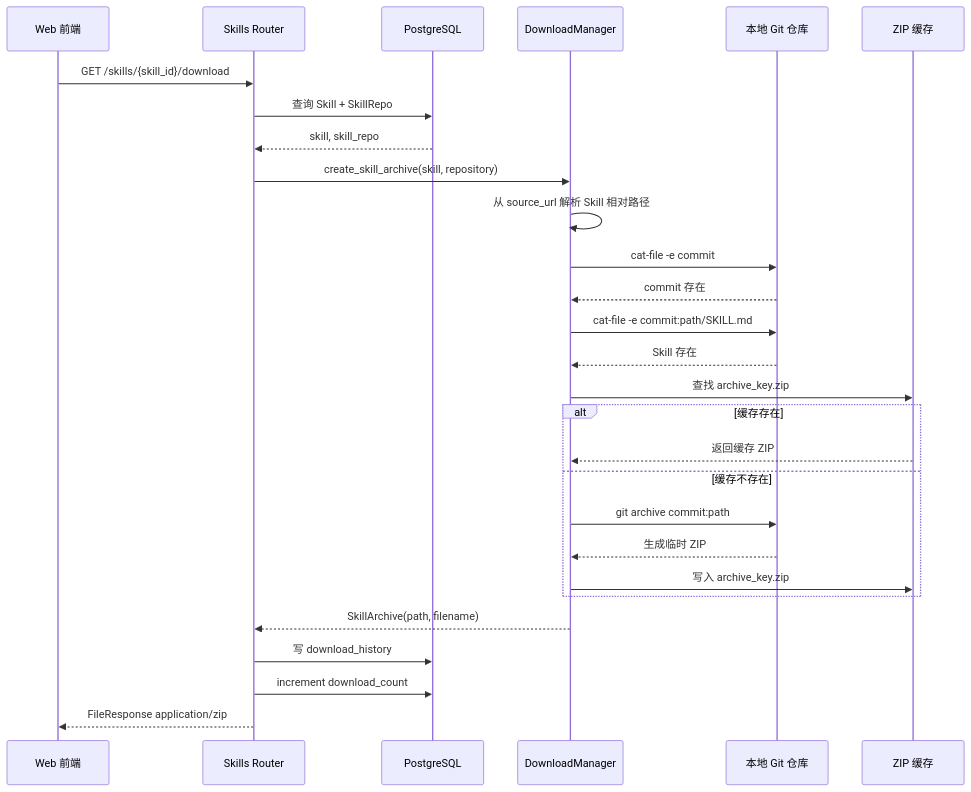
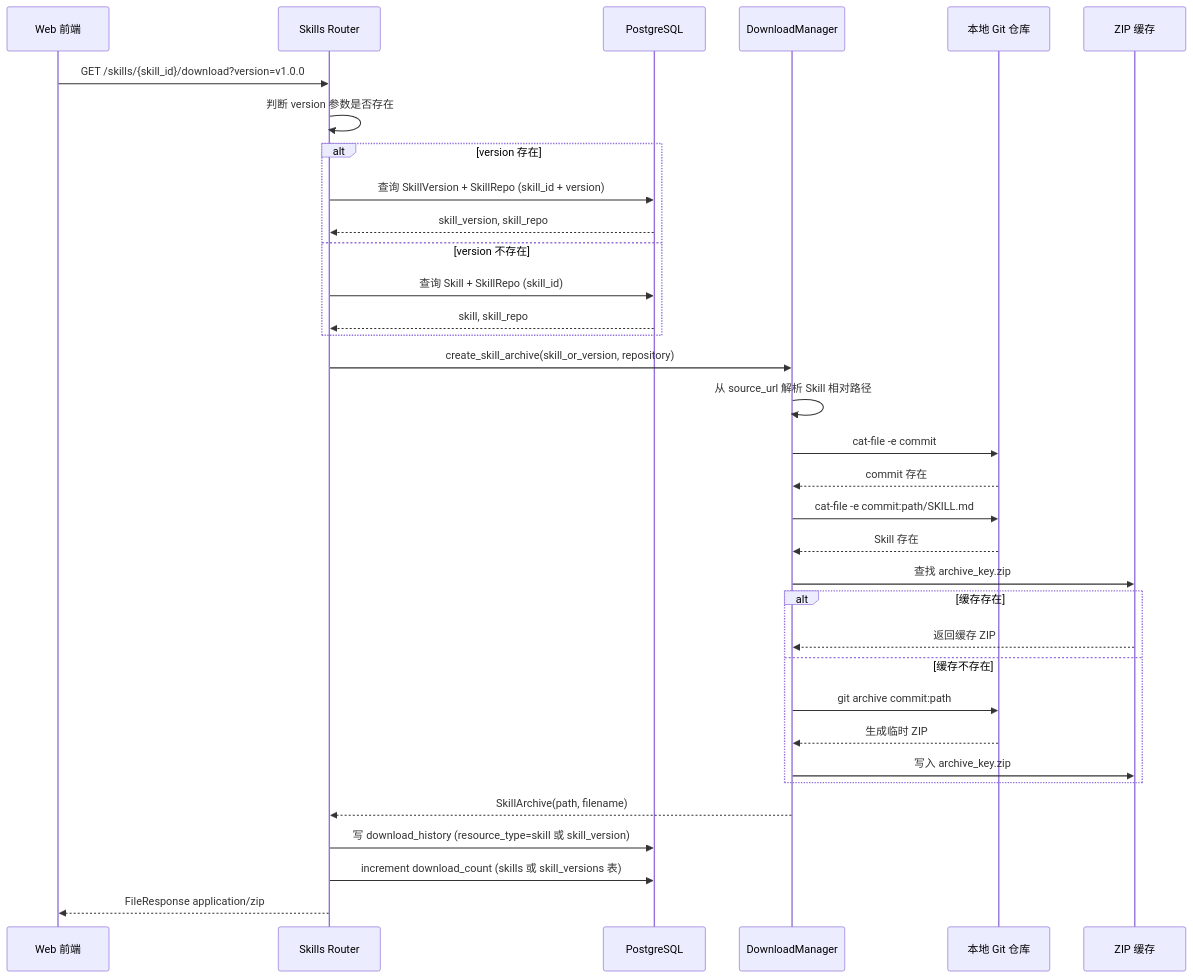
The fourth of 5 diagrams in doc/design/skill-download-design.md (openeuler-mirror/wittyhub), drawn with Mermaid before and after one commit. The commit also changed other lines of this file and 7 other files, not shown here.

````diff
--- a/doc/design/skill-download-design.md
+++ b/doc/design/skill-download-design.md
@@ -315,31 +327,37 @@
 ```mermaid
 sequenceDiagram
     participant Web as Web 前端
     participant API as Skills Router
     participant DB as PostgreSQL
     participant DM as DownloadManager
     participant Git as 本地 Git 仓库
     participant Cache as ZIP 缓存
 
-    Web->>API: GET /skills/{skill_id}/download
-    API->>DB: 查询 Skill + SkillRepo
-    DB-->>API: skill, skill_repo
-    API->>DM: create_skill_archive(skill, repository)
+    Web->>API: GET /skills/{skill_id}/download?version=v1.0.0
+    API->>API: 判断 version 参数是否存在
+    alt version 存在
+        API->>DB: 查询 SkillVersion + SkillRepo (skill_id + version)
+        DB-->>API: skill_version, skill_repo
+    else version 不存在
+        API->>DB: 查询 Skill + SkillRepo (skill_id)
+        DB-->>API: skill, skill_repo
+    end
+    API->>DM: create_skill_archive(skill_or_version, repository)
     DM->>DM: 从 source_url 解析 Skill 相对路径
     DM->>Git: cat-file -e commit
     Git-->>DM: commit 存在
     DM->>Git: cat-file -e commit:path/SKILL.md
     Git-->>DM: Skill 存在
     DM->>Cache: 查找 archive_key.zip
     alt 缓存存在
         Cache-->>DM: 返回缓存 ZIP
     else 缓存不存在
         DM->>Git: git archive commit:path
         Git-->>DM: 生成临时 ZIP
         DM->>Cache: 写入 archive_key.zip
     end
     DM-->>API: SkillArchive(path, filename)
-    API->>DB: 写 download_history
-    API->>DB: increment download_count
+    API->>DB: 写 download_history (resource_type=skill 或 skill_version)
+    API->>DB: increment download_count (skills 或 skill_versions 表)
     API-->>Web: FileResponse application/zip
 ```
````
